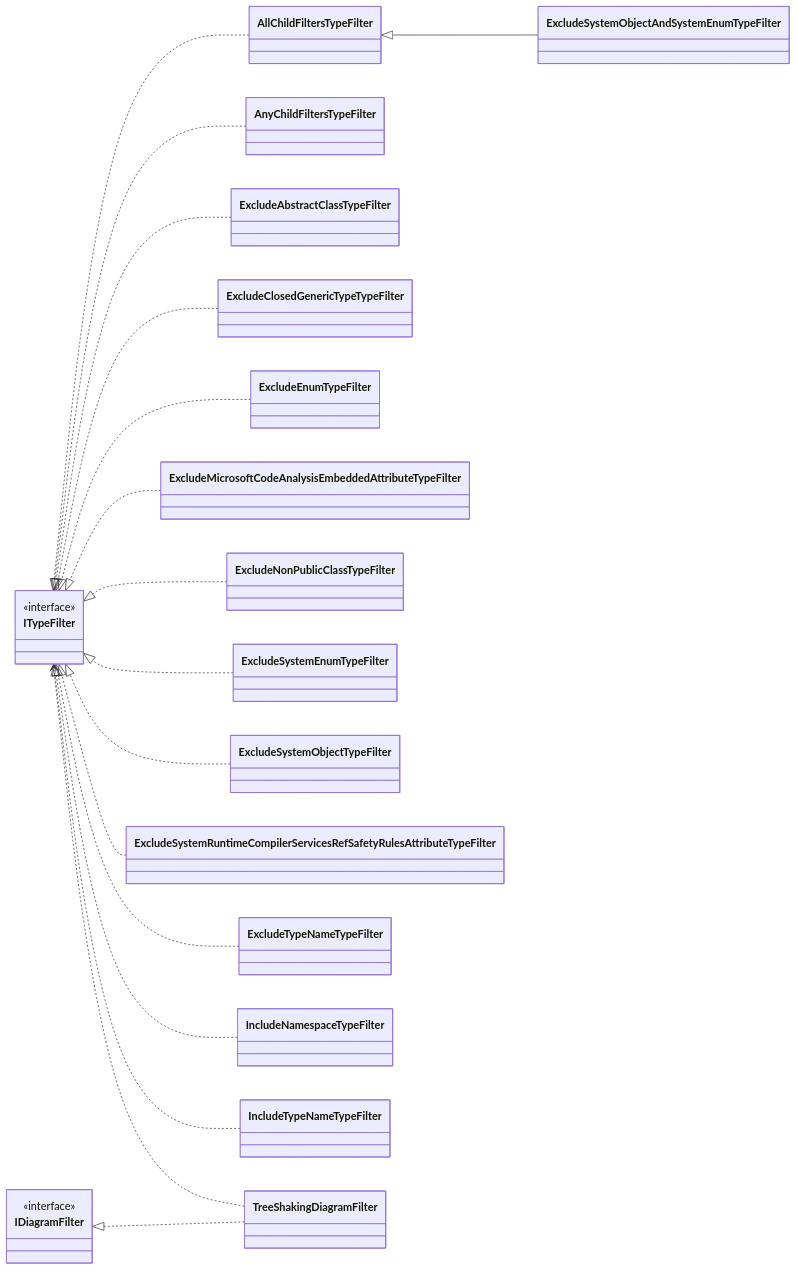
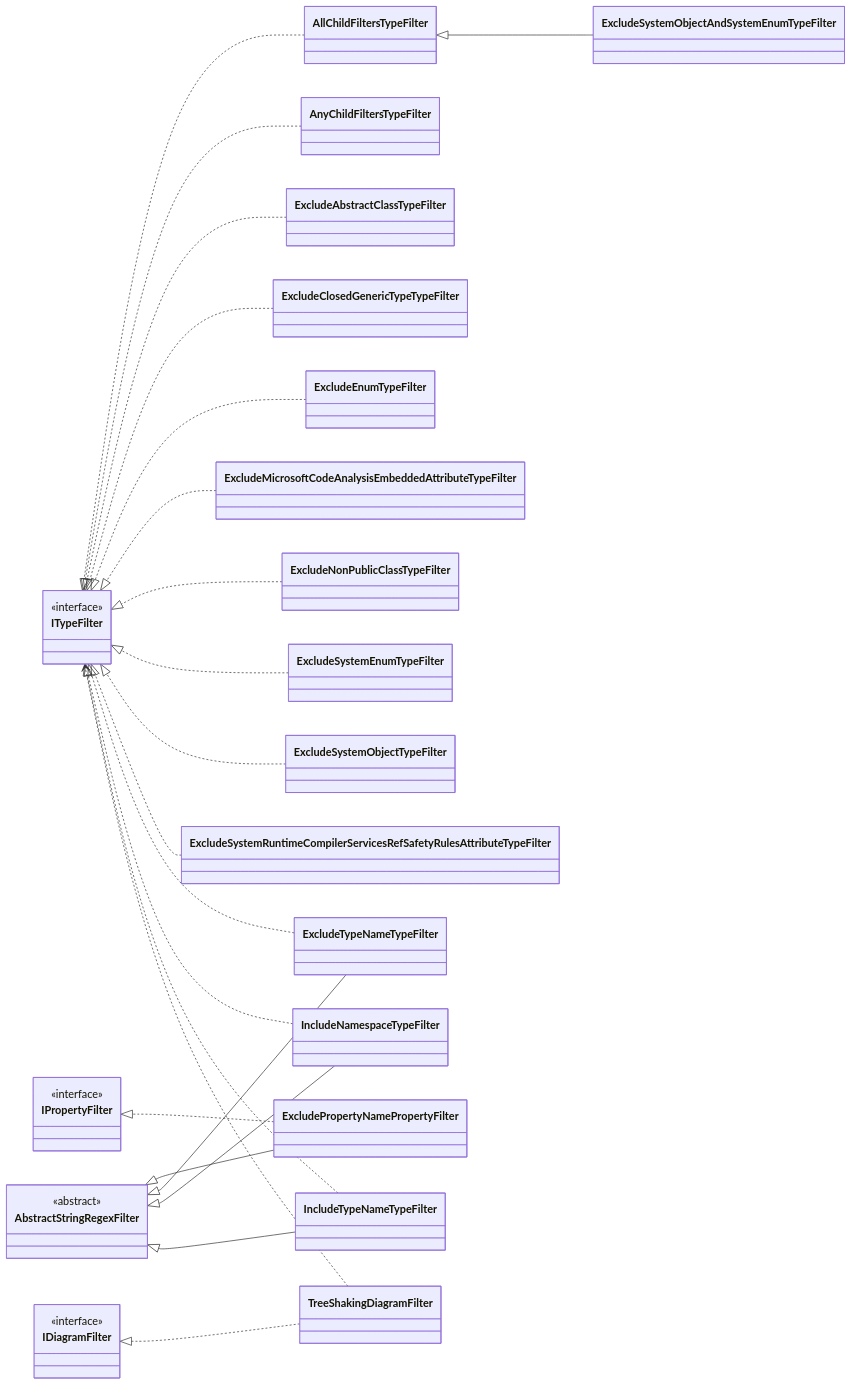
Before and after one commit to ebjornset/DryGen: the second of 5 diagrams in docs/examples/filtering-mermaid-diagram-content.md, drawn with Mermaid. The commit also changed other lines of this file and 42 other files, not shown here.

Commit message:
Filter of depts by assembly name in c4 container diagrams (#68)

````diff
--- a/docs/examples/filtering-mermaid-diagram-content.md
+++ b/docs/examples/filtering-mermaid-diagram-content.md
@@ -237,57 +244,70 @@
 ```mermaid
 classDiagram
 	direction RL
+	class AbstractStringRegexFilter {
+		<<abstract>>
+	}
 	class AllChildFiltersTypeFilter {
 	}
 	class AnyChildFiltersTypeFilter {
 	}
 	class ExcludeAbstractClassTypeFilter {
 	}
 	class ExcludeClosedGenericTypeTypeFilter {
 	}
 	class ExcludeEnumTypeFilter {
 	}
 	class ExcludeMicrosoftCodeAnalysisEmbeddedAttributeTypeFilter {
 	}
 	class ExcludeNonPublicClassTypeFilter {
+	}
+	class ExcludePropertyNamePropertyFilter {
 	}
 	class ExcludeSystemEnumTypeFilter {
 	}
 	class ExcludeSystemObjectAndSystemEnumTypeFilter {
 	}
 	class ExcludeSystemObjectTypeFilter {
 	}
 	class ExcludeSystemRuntimeCompilerServicesRefSafetyRulesAttributeTypeFilter {
 	}
 	class ExcludeTypeNameTypeFilter {
 	}
 	class IDiagramFilter {
 		<<interface>>
 	}
 	class IncludeNamespaceTypeFilter {
 	}
 	class IncludeTypeNameTypeFilter {
 	}
+	class IPropertyFilter {
+		<<interface>>
+	}
 	class ITypeFilter {
 		<<interface>>
 	}
 	class TreeShakingDiagramFilter {
 	}
 	AllChildFiltersTypeFilter ..|> ITypeFilter
 	AnyChildFiltersTypeFilter ..|> ITypeFilter
 	ExcludeAbstractClassTypeFilter ..|> ITypeFilter
 	ExcludeClosedGenericTypeTypeFilter ..|> ITypeFilter
 	ExcludeEnumTypeFilter ..|> ITypeFilter
 	ExcludeMicrosoftCodeAnalysisEmbeddedAttributeTypeFilter ..|> ITypeFilter
 	ExcludeNonPublicClassTypeFilter ..|> ITypeFilter
+	ExcludePropertyNamePropertyFilter ..|> IPropertyFilter
+	ExcludePropertyNamePropertyFilter --|> AbstractStringRegexFilter
 	ExcludeSystemEnumTypeFilter ..|> ITypeFilter
 	ExcludeSystemObjectAndSystemEnumTypeFilter --|> AllChildFiltersTypeFilter
 	ExcludeSystemObjectTypeFilter ..|> ITypeFilter
 	ExcludeSystemRuntimeCompilerServicesRefSafetyRulesAttributeTypeFilter ..|> ITypeFilter
 	ExcludeTypeNameTypeFilter ..|> ITypeFilter
+	ExcludeTypeNameTypeFilter --|> AbstractStringRegexFilter
 	IncludeNamespaceTypeFilter ..|> ITypeFilter
+	IncludeNamespaceTypeFilter --|> AbstractStringRegexFilter
 	IncludeTypeNameTypeFilter ..|> ITypeFilter
+	IncludeTypeNameTypeFilter --|> AbstractStringRegexFilter
 	TreeShakingDiagramFilter ..> ITypeFilter
 	TreeShakingDiagramFilter ..|> IDiagramFilter
 
 ```
````
